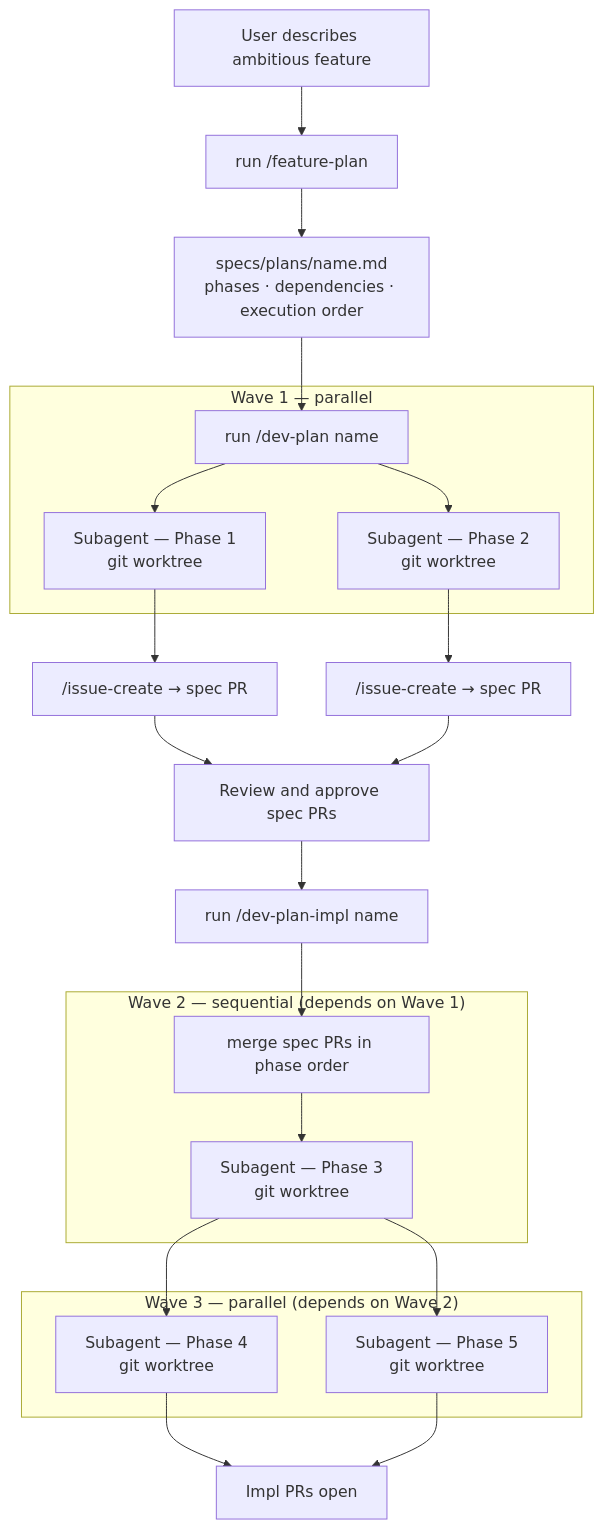
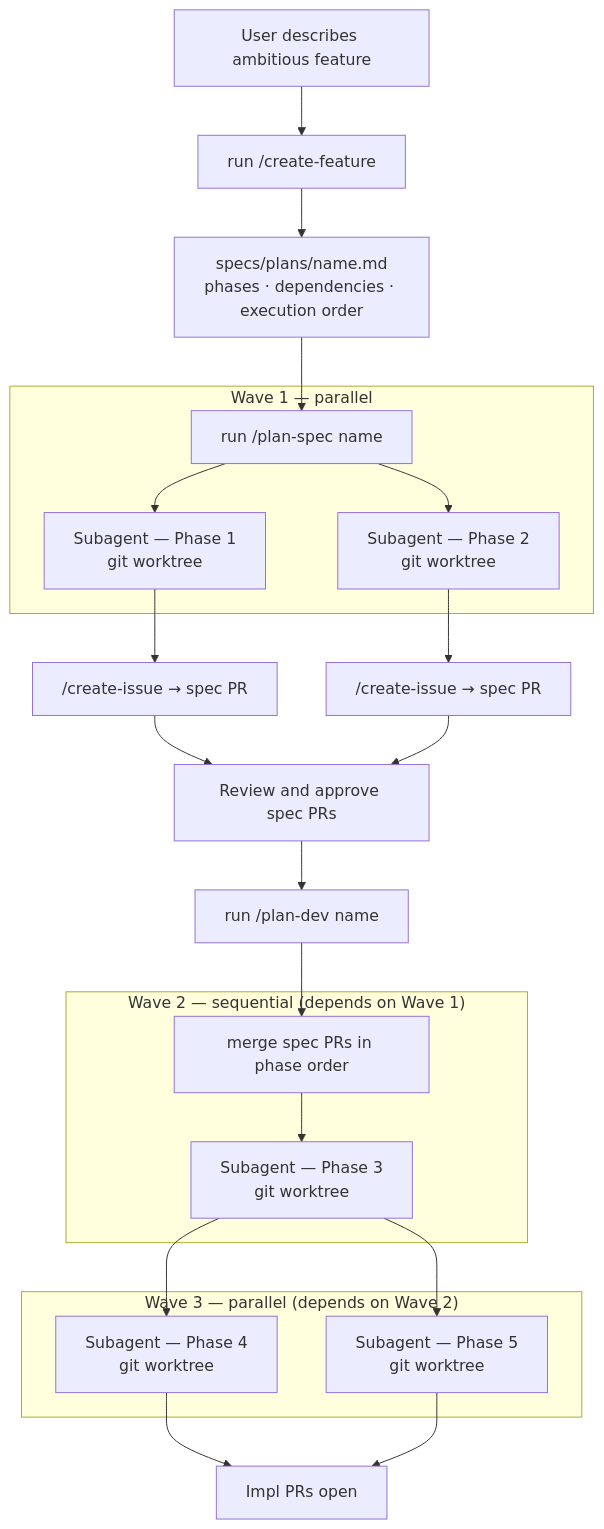
Before and after one commit to bsterligov/river-spec: the diagram in docs/v1.md, drawn with Mermaid. The commit also changed other lines of this file and 19 other files, not shown here.

````diff
--- a/docs/v1.md
+++ b/docs/v1.md
@@ -5,32 +5,32 @@
 ```mermaid
 flowchart TD
-    A[User describes ambitious feature] --> B["run /feature-plan"]
+    A[User describes ambitious feature] --> B["run /create-feature"]
     B --> C["specs/plans/name.md\nphases · dependencies · execution order"]
-    C --> D["run /dev-plan name"]
+    C --> D["run /plan-spec name"]
 
     subgraph W1["Wave 1 — parallel"]
         D --> SA["Subagent — Phase 1\ngit worktree"]
         D --> SB["Subagent — Phase 2\ngit worktree"]
     end
 
-    SA --> IA["/issue-create → spec PR"]
-    SB --> IB["/issue-create → spec PR"]
+    SA --> IA["/create-issue → spec PR"]
+    SB --> IB["/create-issue → spec PR"]
 
     IA --> R[Review and approve spec PRs]
     IB --> R
 
-    R --> DPI["run /dev-plan-impl name"]
+    R --> DPI["run /plan-dev name"]
     DPI --> M1["merge spec PRs in phase order"]
 
     subgraph W2["Wave 2 — sequential (depends on Wave 1)"]
         M1 --> IC["Subagent — Phase 3\ngit worktree"]
     end
 
     subgraph W3["Wave 3 — parallel (depends on Wave 2)"]
         IC --> ID["Subagent — Phase 4\ngit worktree"]
         IC --> IE["Subagent — Phase 5\ngit worktree"]
     end
 
     ID --> PR[Impl PRs open]
     IE --> PR
 ```
````
